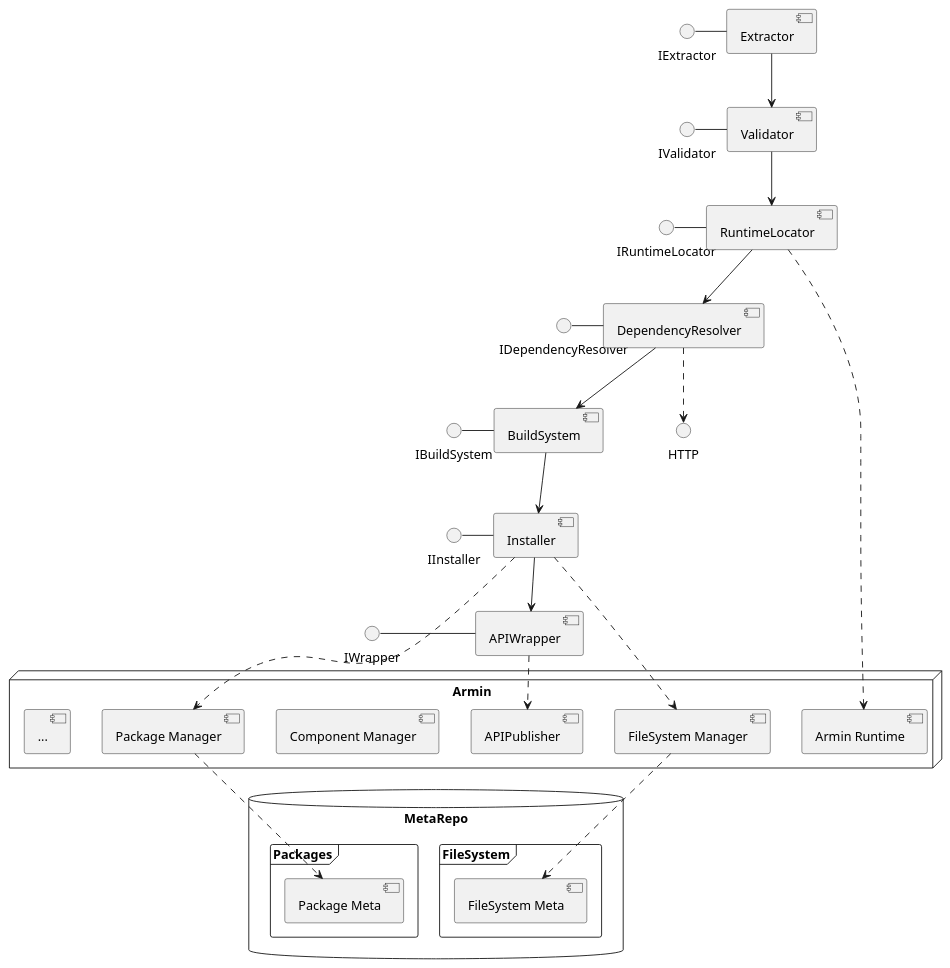
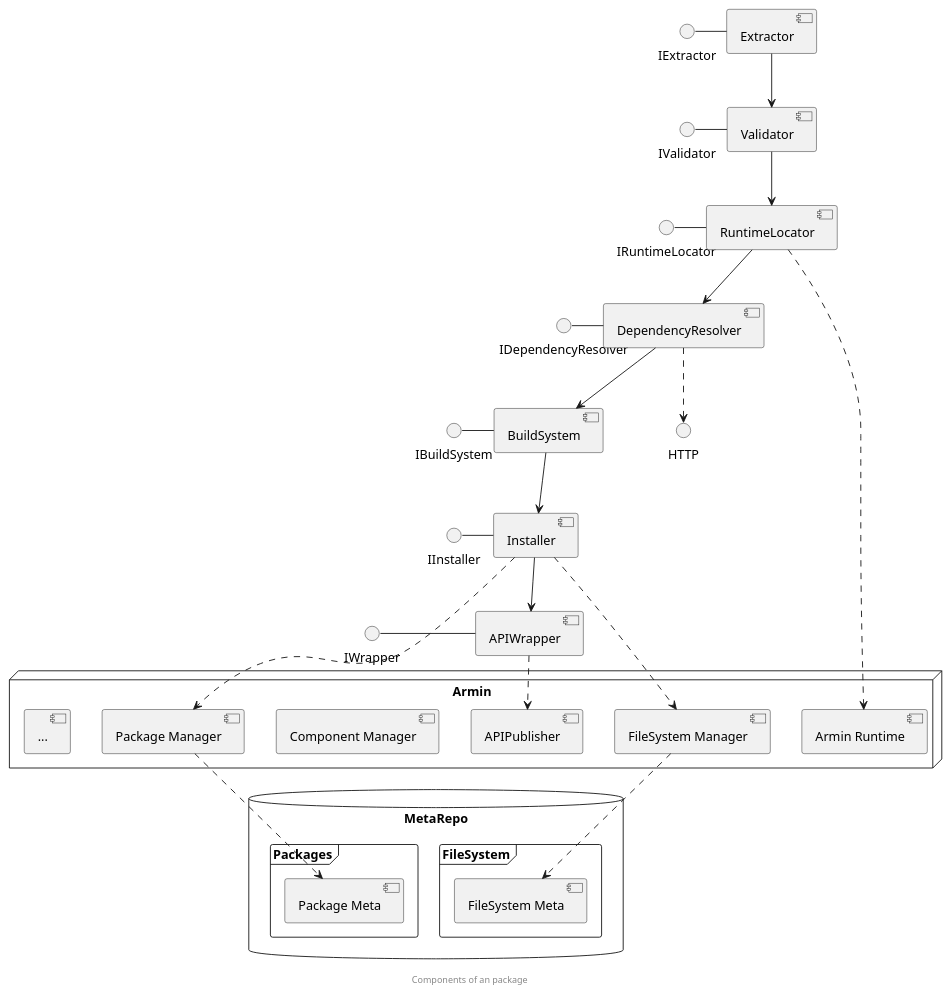
One commit to singajeet/armin changed the diagram in source/armin.api.managers.package.overview.rst. Above: the diagram before and after it, drawn with PlantUML. The commit also changed 13 other files, not shown here.

```diff
--- a/source/armin.api.managers.package.overview.rst
+++ b/source/armin.api.managers.package.overview.rst
@@ -39,48 +39,50 @@
 .. uml::
 
     @startuml
 
     () IExtractor - [Extractor]
     () IValidator - [Validator]
     () IRuntimeLocator - [RuntimeLocator]
     () IDependencyResolver - [DependencyResolver]
     () IBuildSystem - [BuildSystem]
     () IInstaller - [Installer]
     () IWrapper - [APIWrapper]
 
     () HTTP
 
     node "Armin" {
     [Armin Runtime]
     [Package Manager]
     [FileSystem Manager]
     [Component Manager]
     [APIPublisher]
     [...]
     }
 
     database "MetaRepo" {
     frame "Packages" {
     [Package Meta]
     }
 
     frame "FileSystem" {
     [FileSystem Meta]
     }
     }
 
     [Extractor] --> [Validator]
     [Validator] --> [RuntimeLocator]
     [RuntimeLocator] ..> [Armin Runtime]
     [RuntimeLocator] --> [DependencyResolver]
     [DependencyResolver] ..> HTTP
     [DependencyResolver] --> [BuildSystem]
     [BuildSystem] --> [Installer]
     [Installer] ..> [FileSystem Manager]
     [FileSystem Manager] ..> [FileSystem Meta]
     [Installer] ..> [Package Manager]
     [Package Manager] ..> [Package Meta]
     [Installer] --> [APIWrapper]
     [APIWrapper] ..> [APIPublisher]
 
+   center footer Components of an package
+
     @enduml
```
